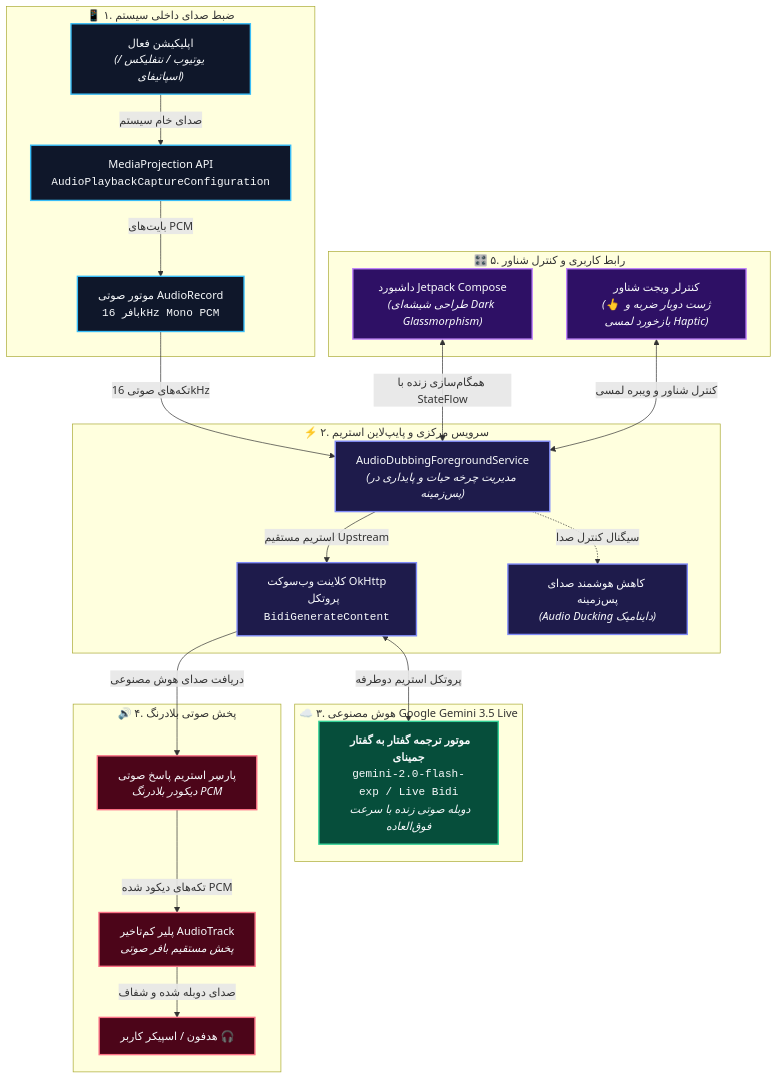
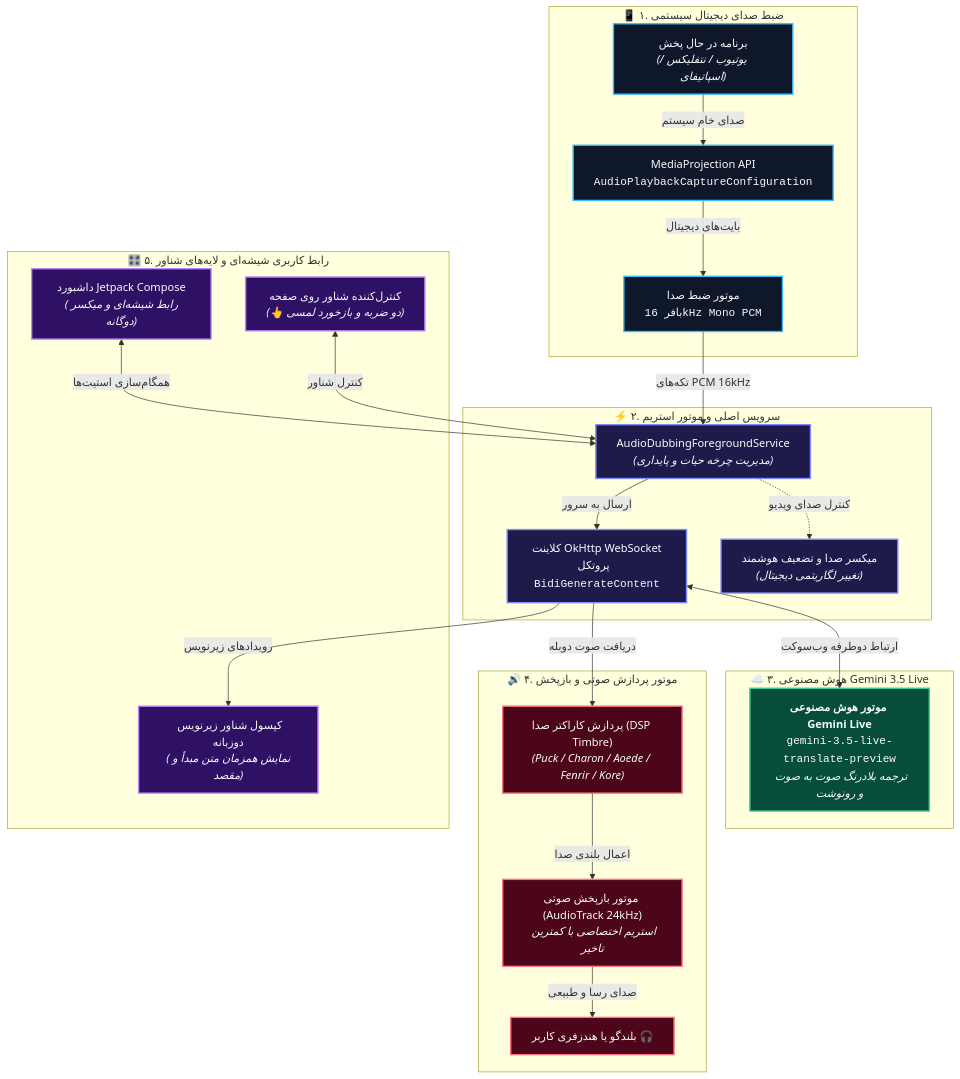
One commit to navidseyedain/ALAD-Mobile changed the diagram in README-fa.md. Above: the diagram before and after it, drawn with Mermaid. The commit also changed other lines of this file and 9 other files, not shown here.

````diff
--- a/README-fa.md
+++ b/README-fa.md
@@ -190,52 +198,54 @@
 ```mermaid
 flowchart TD
-    subgraph Capture["📱 ۱. ضبط صدای داخلی سیستم"]
-        APP["اپلیکیشن فعال<br/><i>(یوتیوب / نتفلیکس / اسپاتیفای)</i>"]
+    subgraph Capture["📱 ۱. ضبط صدای دیجیتال سیستمی"]
+        APP["برنامه در حال پخش<br/><i>(یوتیوب / نتفلیکس / اسپاتیفای)</i>"]
         MP["MediaProjection API<br/><code>AudioPlaybackCaptureConfiguration</code>"]
-        REC["موتور صوتی AudioRecord<br/><code>بافر 16kHz Mono PCM</code>"]
+        REC["موتور ضبط صدا<br/><code>بافر 16kHz Mono PCM</code>"]
         APP -->|"صدای خام سیستم"| MP
-        MP -->|"بایت‌های PCM"| REC
+        MP -->|"بایت‌های دیجیتال"| REC
     end
 
-    subgraph Service["⚡ ۲. سرویس مرکزی و پایپ‌لاین استریم"]
-        FS["AudioDubbingForegroundService<br/><i>(مدیریت چرخه حیات و پایداری در پس‌زمینه)</i>"]
-        WS["کلاینت وب‌سوکت OkHttp<br/><code>پروتکل BidiGenerateContent</code>"]
-        DUCK["کاهش هوشمند صدای پس‌زمینه<br/><i>(Audio Ducking داینامیک)</i>"]
-        REC -->|"تکه‌های صوتی 16kHz"| FS
-        FS -->|"استریم مستقیم Upstream"| WS
-        FS -.->|"سیگنال کنترل صدا"| DUCK
+    subgraph Service["⚡ ۲. سرویس اصلی و موتور استریم"]
+        FS["AudioDubbingForegroundService<br/><i>(مدیریت چرخه حیات و پایداری)</i>"]
+        WS["کلاینت OkHttp WebSocket<br/><code>پروتکل BidiGenerateContent</code>"]
+        MIX["میکسر صدا و تضعیف هوشمند<br/><i>(تغییر لگاریتمی دیجیتال)</i>"]
+        REC -->|"تکه‌های PCM 16kHz"| FS
+        FS -->|"ارسال به سرور"| WS
+        FS -.->|"کنترل صدای ویدیو"| MIX
     end
 
-    subgraph Cloud["☁️ ۳. هوش مصنوعی Google Gemini 3.5 Live"]
-        GEMINI["<b>موتور ترجمه گفتار به گفتار جمینای</b><br/><code>gemini-2.0-flash-exp / Live Bidi</code><br/><i>دوبله صوتی زنده با سرعت فوق‌العاده</i>"]
-        WS <-->|"پروتکل استریم دوطرفه"| GEMINI
+    subgraph Cloud["☁️ ۳. هوش مصنوعی Gemini 3.5 Live"]
+        GEMINI["<b>موتور هوش مصنوعی Gemini Live</b><br/><code>gemini-3.5-live-translate-preview</code><br/><i>ترجمه بلادرنگ صوت به صوت و رونوشت</i>"]
+        WS <-->|"ارتباط دوطرفه وب‌سوکت"| GEMINI
     end
 
-    subgraph Playback["🔊 ۴. پخش صوتی بلادرنگ"]
-        DEC["پارسِر استریم پاسخ صوتی<br/><i>دیکودر بلادرنگ PCM</i>"]
-        AT["پلیر کم‌تاخیر AudioTrack<br/><i>پخش مستقیم بافر صوتی</i>"]
-        OUT["هدفون / اسپیکر کاربر 🎧"]
-        WS -->|"دریافت صدای هوش مصنوعی"| DEC
-        DEC -->|"تکه‌های دیکود شده PCM"| AT
-        AT -->|"صدای دوبله شده و شفاف"| OUT
+    subgraph Playback["🔊 ۴. موتور پردازش صوتی و بازپخش"]
+        DSP["پردازش کاراکتر صدا (DSP Timbre)<br/><i>(Puck / Charon / Aoede / Fenrir / Kore)</i>"]
+        AT["موتور بازپخش صوتی (AudioTrack 24kHz)<br/><i>استریم اختصاصی با کمترین تاخیر</i>"]
+        OUT["بلندگو یا هندزفری کاربر 🎧"]
+        WS -->|"دریافت صوت دوبله"| DSP
+        DSP -->|"اعمال بلندی صدا"| AT
+        AT -->|"صدای رسا و طبیعی"| OUT
     end
 
-    subgraph Controls["🎛️ ۵. رابط کاربری و کنترل شناور"]
-        UI["داشبورد Jetpack Compose<br/><i>(طراحی شیشه‌ای Dark Glassmorphism)</i>"]
-        WIDGET["کنترلر ویجت شناور<br/><i>(👆 ژست دوبار ضربه و بازخورد لمسی Haptic)</i>"]
-        UI <-->|"همگام‌سازی زنده با StateFlow"| FS
-        WIDGET <-->|"کنترل شناور و ویبره لمسی"| FS
+    subgraph Controls["🎛️ ۵. رابط کاربری شیشه‌ای و لایه‌های شناور"]
+        UI["داشبورد Jetpack Compose<br/><i>(رابط شیشه‌ای و میکسر دوگانه)</i>"]
+        WIDGET["کنترل‌کننده شناور روی صفحه<br/><i>(👆 دو ضربه و بازخورد لمسی)</i>"]
+        SUB["کپسول شناور زیرنویس دوزبانه<br/><i>(نمایش همزمان متن مبدأ و مقصد)</i>"]
+        WS -->|"رویدادهای زیرنویس"| SUB
+        UI <-->|"همگام‌سازی استیت‌ها"| FS
+        WIDGET <-->|"کنترل شناور"| FS
     end
 
     classDef capture fill:#0f172a,stroke:#38bdf8,stroke-width:2px,color:#f8fafc;
     classDef service fill:#1e1b4b,stroke:#818cf8,stroke-width:2px,color:#f8fafc;
     classDef cloud fill:#064e3b,stroke:#34d399,stroke-width:2px,color:#f8fafc;
     classDef playback fill:#4c0519,stroke:#fb7185,stroke-width:2px,color:#f8fafc;
     classDef controls fill:#2e1065,stroke:#c084fc,stroke-width:2px,color:#f8fafc;
 
     class APP,MP,REC capture;
-    class FS,WS,DUCK service;
+    class FS,WS,MIX service;
     class GEMINI cloud;
-    class DEC,AT,OUT playback;
-    class UI,WIDGET controls;
+    class DSP,AT,OUT playback;
+    class UI,WIDGET,SUB controls;
 ```
````
